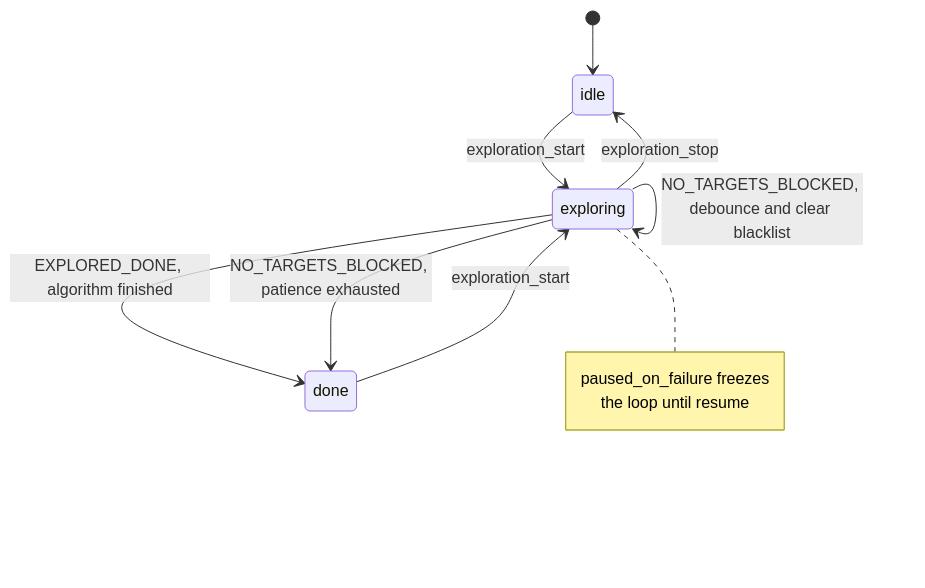
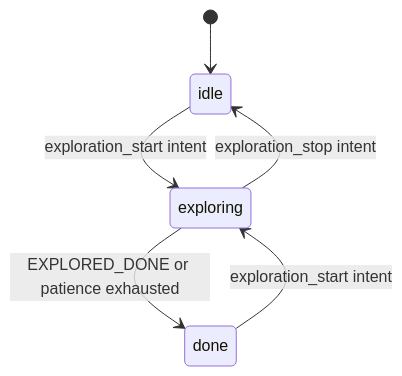
One commit to Boston-Robot-Hackers/dome_nav changed the diagram in 01-literate/09-explorer_manager_node.md. Above: the diagram before and after it, drawn with Mermaid. The commit also changed other lines of this file and 7 other files, not shown here.

````diff
--- a/01-literate/09-explorer_manager_node.md
+++ b/01-literate/09-explorer_manager_node.md
@@ -34,15 +155,8 @@
 ```mermaid
 stateDiagram-v2
     [*] --> idle
-    idle --> exploring: exploration_start
-    done --> exploring: exploration_start
-    exploring --> idle: exploration_stop
-    exploring --> done: EXPLORED_DONE, algorithm finished
-    exploring --> done: NO_TARGETS_BLOCKED, patience exhausted
-    exploring --> exploring: goal reached, failed or stuck
-    exploring --> exploring: NO_TARGETS_BLOCKED, debounce and clear blacklist
-    note right of exploring
-        paused_on_failure freezes
-        the loop until resume
-    end note
+    idle --> exploring: exploration_start intent
+    done --> exploring: exploration_start intent
+    exploring --> done: EXPLORED_DONE or patience exhausted
+    exploring --> idle: exploration_stop intent
 ```
````
